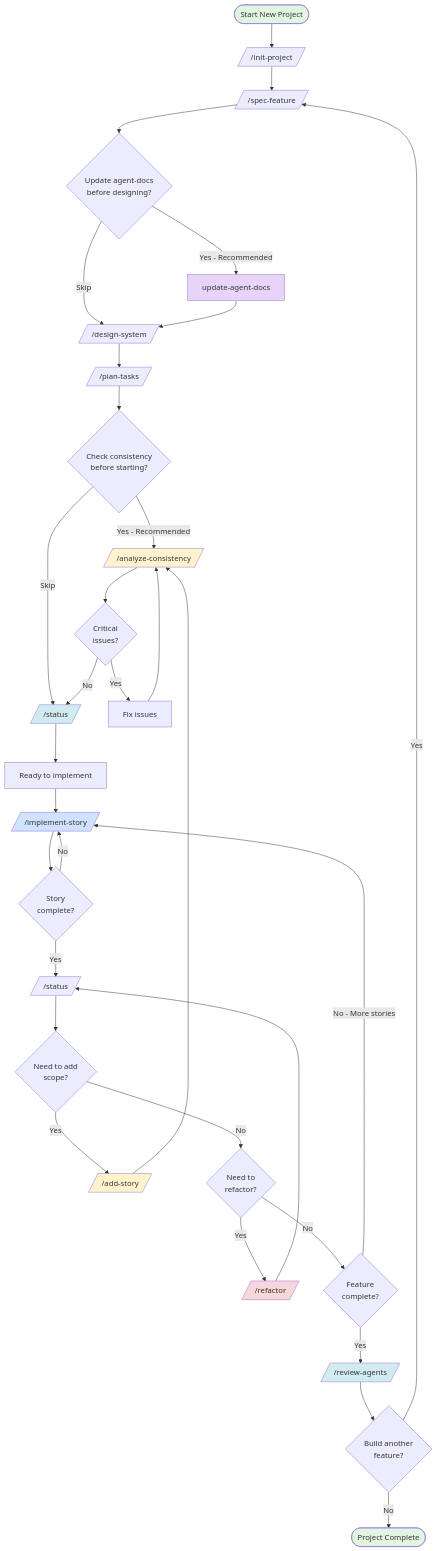
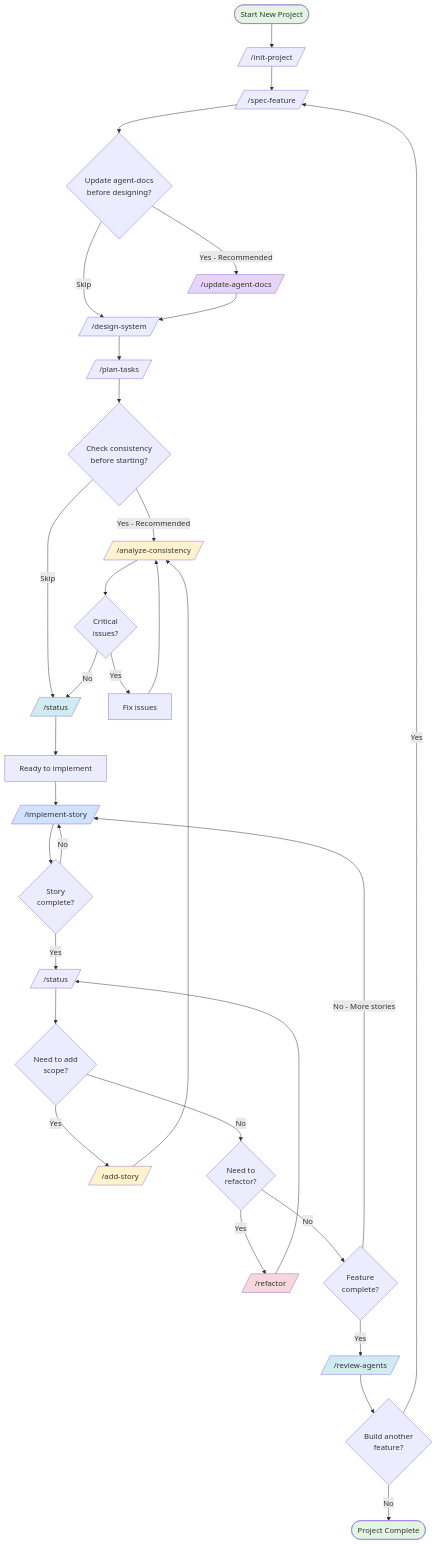
One commit to jonathan1440/iterative_llm_workflow changed the diagram in README.md. Above: the diagram before and after it, drawn with Mermaid. The commit also changed 3 other files, not shown here.

````diff
--- a/README.md
+++ b/README.md
@@ -50,57 +50,57 @@
 ```mermaid
 flowchart TD
     Start([Start New Project]) --> InitProject[//init-project/]
     InitProject --> SpecFeature[//spec-feature/]
     
     SpecFeature --> UpdateDocs{Update agent-docs<br/>before designing?}
-    UpdateDocs -->|Yes - Recommended| UpdateAgentDocs[update-agent-docs]
+    UpdateDocs -->|Yes - Recommended| UpdateAgentDocs[//update-agent-docs/]
     UpdateDocs -->|Skip| Design
     UpdateAgentDocs --> Design
     
     Design[//design-system/]
     Design --> PlanTasks[//plan-tasks/]
     
     PlanTasks --> CheckConsistency{Check consistency<br/>before starting?}
     CheckConsistency -->|Yes - Recommended| Analyze[//analyze-consistency/]
     CheckConsistency -->|Skip| StatusCheck
     Analyze --> FixIssues{Critical<br/>issues?}
     FixIssues -->|Yes| FixManually[Fix issues]
     FixManually --> Analyze
     FixIssues -->|No| StatusCheck
     
     StatusCheck[//status/]
     StatusCheck --> ReadyToImplement[Ready to implement]
     
     ReadyToImplement --> Implement[//implement-story/]
     Implement --> StoryComplete{Story<br/>complete?}
     
     StoryComplete -->|No| Implement
     StoryComplete -->|Yes| TrackProgress[//status/]
     
     TrackProgress --> NeedScope{Need to add<br/>scope?}
     NeedScope -->|Yes| AddStory[//add-story/]
     AddStory --> Analyze
     
     NeedScope -->|No| NeedRefactor{Need to<br/>refactor?}
     NeedRefactor -->|Yes| Refactor[//refactor/]
     Refactor --> TrackProgress
     
     NeedRefactor -->|No| FeatureComplete{Feature<br/>complete?}
     
     FeatureComplete -->|No - More stories| Implement
     FeatureComplete -->|Yes| Review[//review-agents/]
     
     Review --> NextFeature{Build another<br/>feature?}
     NextFeature -->|Yes| SpecFeature
     NextFeature -->|No| Done([Project Complete])
     
     style Start fill:#e1f5e1
     style Done fill:#e1f5e1
     style Analyze fill:#fff3cd
     style AddStory fill:#fff3cd
     style Refactor fill:#f8d7da
     style Review fill:#d1ecf1
     style StatusCheck fill:#d1ecf1
     style Implement fill:#cfe2ff
     style UpdateAgentDocs fill:#e7d4f8
 ```
````
